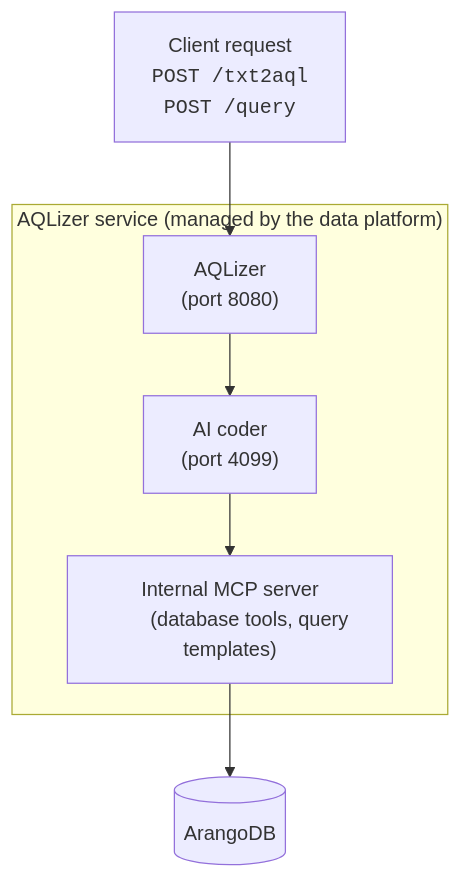
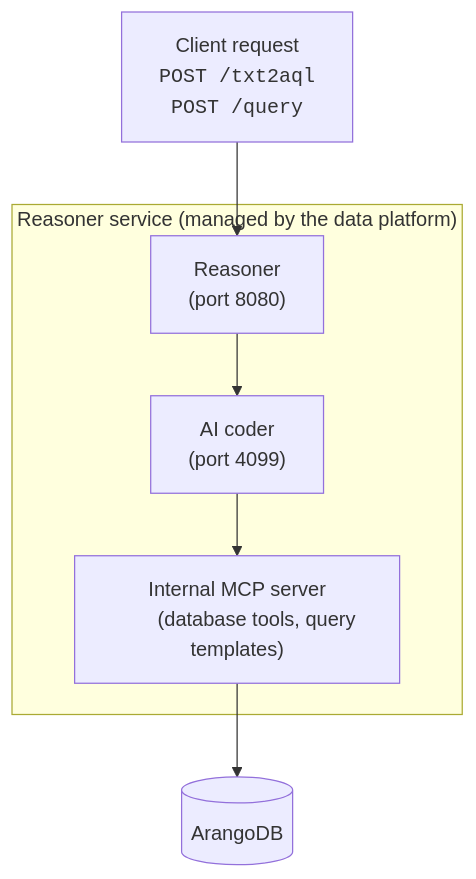
One commit to arangodb/docs-hugo changed the third of 3 diagrams in site/content/contextual-data-platform/aqlizer/_index.md. Above: the diagram before and after it, drawn with Mermaid. The commit also changed other lines of this file and 4 other files, not shown here.

````diff
--- a/site/content/contextual-data-platform/aqlizer/_index.md
+++ b/site/content/contextual-data-platform/aqlizer/_index.md
@@ -173,16 +175,16 @@
 ```mermaid
 flowchart TD
     Client["Client request
       <code>POST /txt2aql</code>
       <code>POST /query</code>"] --> Service
 
-    subgraph AQLizerService["AQLizer service (managed by the data platform)"]
-        Service["AQLizer
+    subgraph ReasonerService["Reasoner service (managed by the data platform)"]
+        Service["Reasoner
         (port 8080)"] --> AICoder["AI coder
         (port 4099)"]
         AICoder --> MCP["Internal MCP server
         (database tools, query templates)"]
     end
 
     MCP --> DB[(ArangoDB)]
 ```
````
